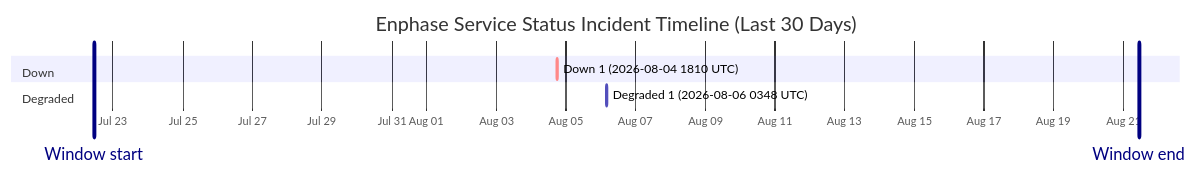
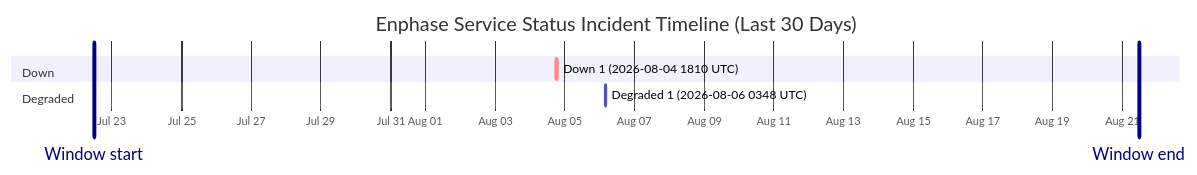
One commit to barneyonline/ha-enphase-energy changed the diagram in wiki/Service-Status-History.md. Above: the diagram before and after it, drawn with Mermaid. The commit also changed other lines of this file and 3 other files, not shown here.

````diff
--- a/wiki/Service-Status-History.md
+++ b/wiki/Service-Status-History.md
@@ -14,12 +14,12 @@
 ```mermaid
 gantt
     title Enphase Service Status Incident Timeline (Last 30 Days)
     dateFormat  YYYY-MM-DDTHH:mm:ss
     axisFormat  %b %d
-    Window start :vert, window-start, 2026-07-22T10:58:30, 0ms
-    Window end :vert, window-end, 2026-08-21T10:58:30, 0ms
+    Window start :vert, window-start, 2026-07-22T11:32:28, 0ms
+    Window end :vert, window-end, 2026-08-21T11:32:28, 0ms
     section Down
     Down 1 (2026-08-04 1810 UTC) :crit, down-1, 2026-08-04T18:10:46, 60m
     section Degraded
     Degraded 1 (2026-08-06 0348 UTC) :active, degraded-1, 2026-08-06T03:48:14, 60m
 ```
````
